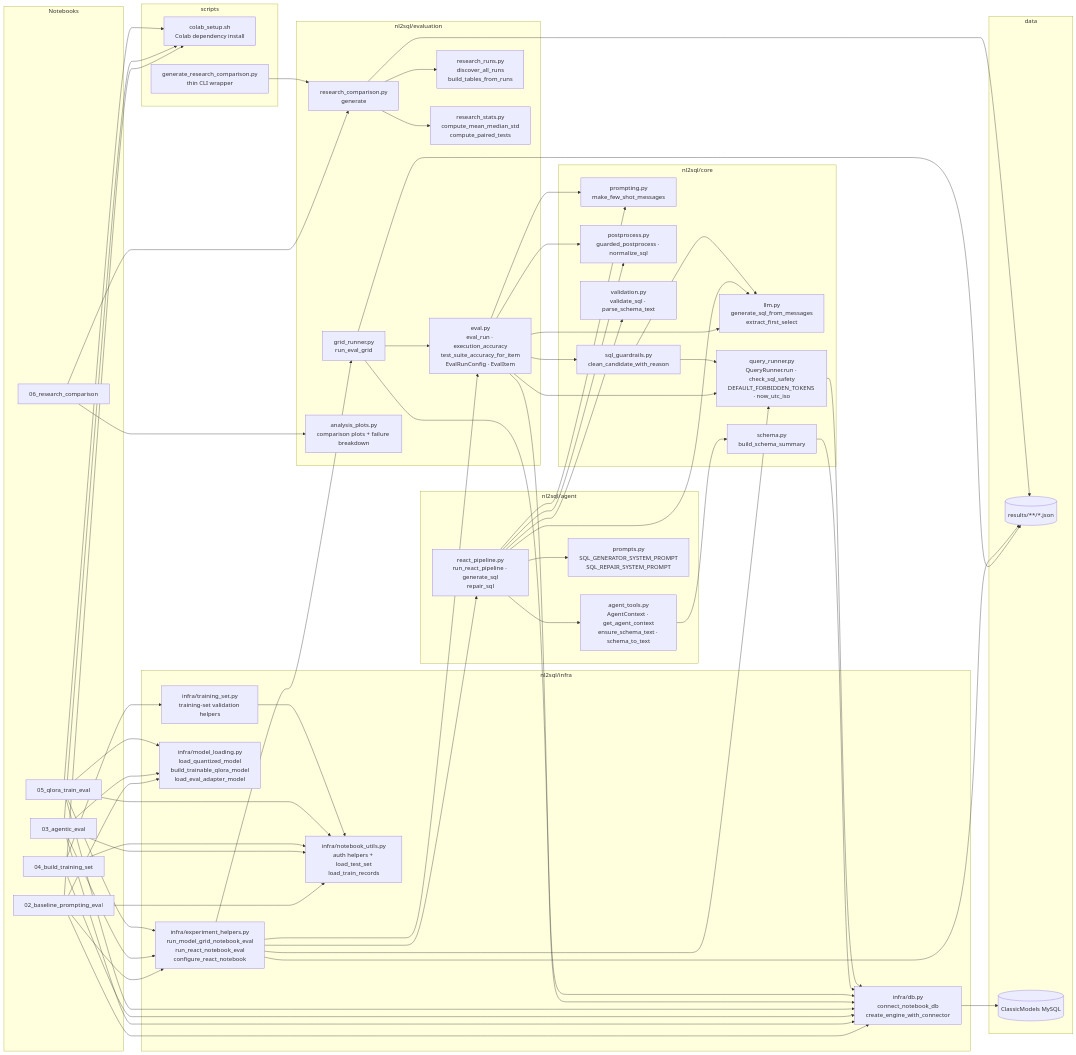
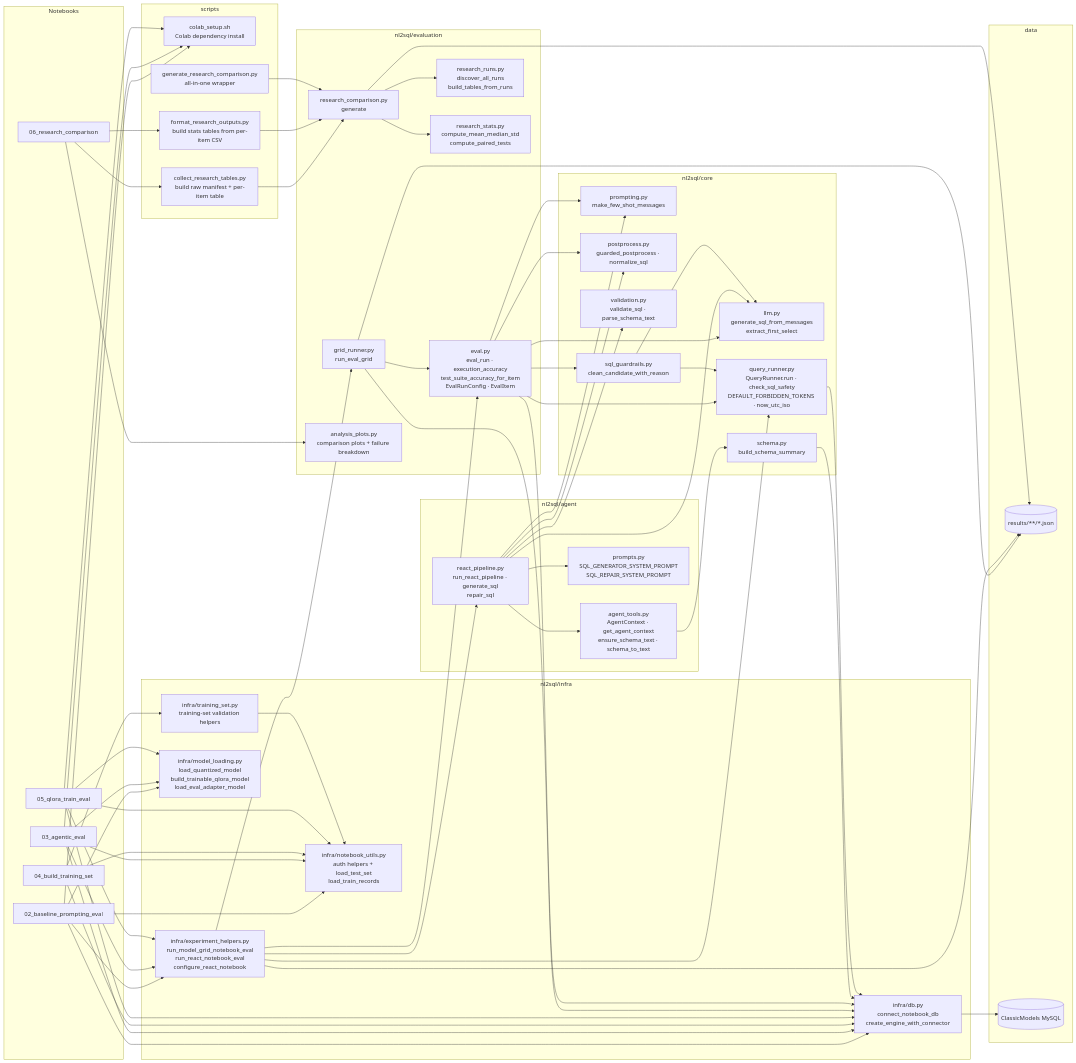
One commit to MacKenzieOBrian/NLtoSQL changed the third of 6 diagrams in diagrams.md. Above: the diagram before and after it, drawn with Mermaid. The commit also changed other lines of this file and 3 other files, not shown here.

Commit message:
docs: align architecture narrative with simplified workflow

```diff
--- a/diagrams.md
+++ b/diagrams.md
@@ -98,7 +98,9 @@
 
     subgraph scripts
         SETUP[colab_setup.sh\nColab dependency install]
-        GENCLI[generate_research_comparison.py\nthin CLI wrapper]
+        COLLECT[collect_research_tables.py\nbuild raw manifest + per-item table]
+        FORMAT[format_research_outputs.py\nbuild stats tables from per-item CSV]
+        GENCLI[generate_research_comparison.py\nall-in-one wrapper]
     end
 
     subgraph nl2sql/infra
@@ -162,9 +164,12 @@
     NB05 --> IMOD
     NB05 --> IEXP
 
-    NB06 --> RCOMP
+    NB06 --> COLLECT
+    NB06 --> FORMAT
     NB06 --> APLOT
 
+    COLLECT --> RCOMP
+    FORMAT --> RCOMP
     GENCLI --> RCOMP
 
     IEXP --> GRID
```
